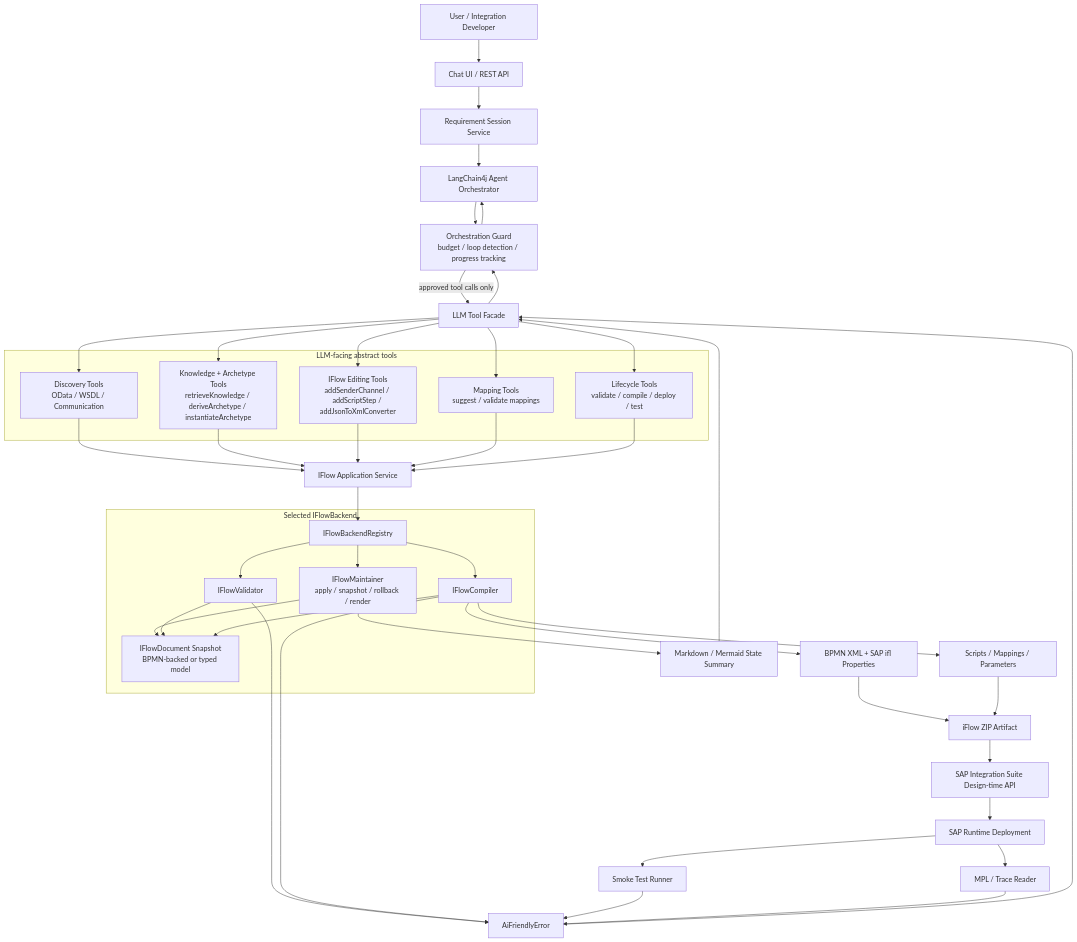
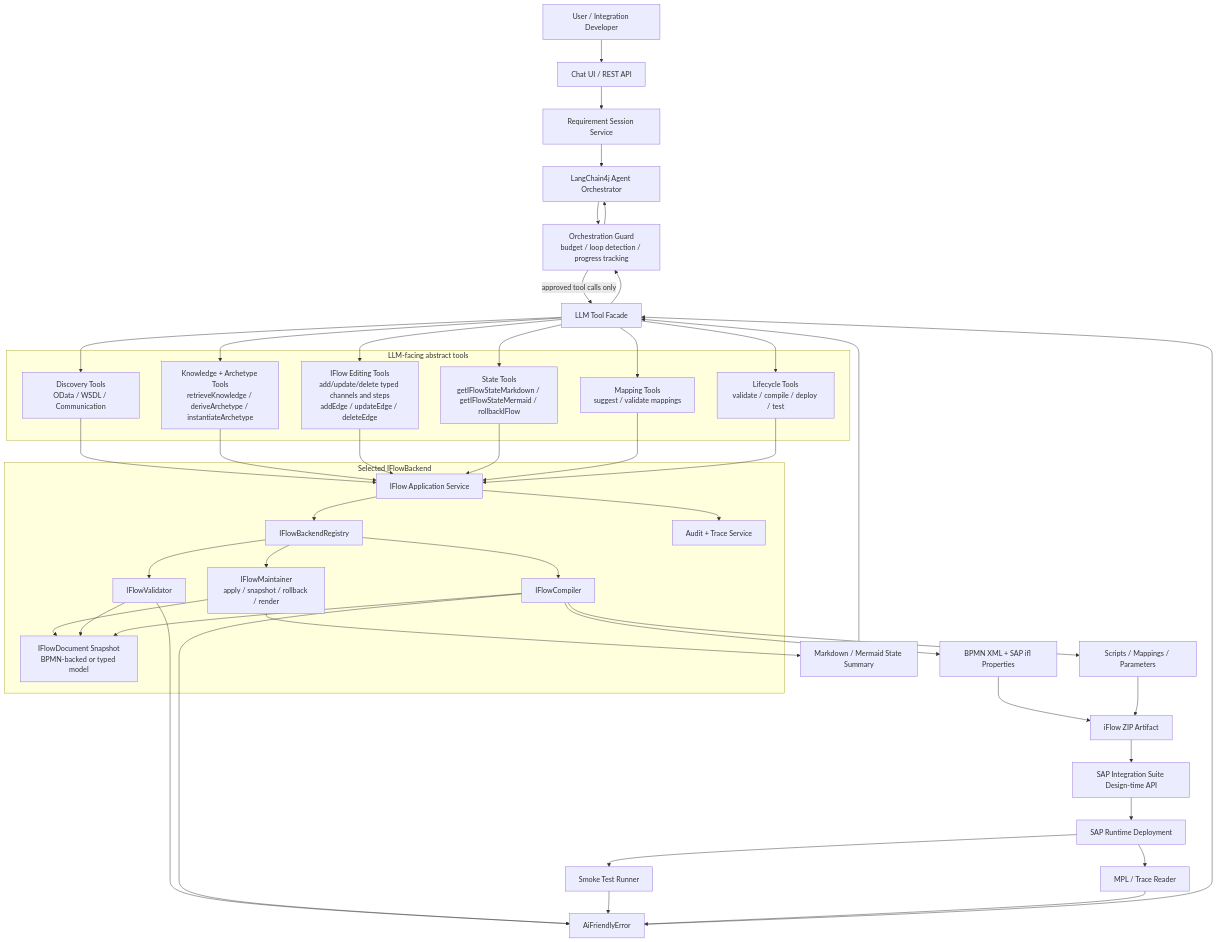
Before and after one commit to hqqw2h-lgtm/integrationsuite-agent: the first of 5 diagrams in docs/02-architecture.md, drawn with Mermaid. The commit also changed other lines of this file and 2 other files, not shown here.

Commit message:
Align requirements and architecture diagrams

````diff
--- a/docs/02-architecture.md
+++ b/docs/02-architecture.md
@@ -15,60 +15,64 @@
 ```mermaid
 flowchart TD
     User[User / Integration Developer] --> UI[Chat UI / REST API]
     UI --> Session[Requirement Session Service]
     Session --> Orchestrator[LangChain4j Agent Orchestrator]
 
     Orchestrator --> Guard[Orchestration Guard<br/>budget / loop detection / progress tracking]
     Guard -->|approved tool calls only| Facade[LLM Tool Facade]
 
     subgraph LLMTools[LLM-facing abstract tools]
         Discovery[Discovery Tools<br/>OData / WSDL / Communication]
         Knowledge[Knowledge + Archetype Tools<br/>retrieveKnowledge / deriveArchetype / instantiateArchetype]
-        Edit[IFlow Editing Tools<br/>addSenderChannel / addScriptStep / addJsonToXmlConverter]
+        Edit[IFlow Editing Tools<br/>add/update/delete typed channels and steps<br/>addEdge / updateEdge / deleteEdge]
+        StateTools[State Tools<br/>getIFlowStateMarkdown / getIFlowStateMermaid / rollbackIFlow]
         Mapping[Mapping Tools<br/>suggest / validate mappings]
         Lifecycle[Lifecycle Tools<br/>validate / compile / deploy / test]
     end
 
     Facade --> Discovery
     Facade --> Knowledge
     Facade --> Edit
+    Facade --> StateTools
     Facade --> Mapping
     Facade --> Lifecycle
 
     Discovery --> App[IFlow Application Service]
     Knowledge --> App
     Edit --> App
+    StateTools --> App
     Mapping --> App
     Lifecycle --> App
 
     App --> Registry[IFlowBackendRegistry]
 
     subgraph Backend[Selected IFlowBackend]
         Registry --> Maintainer[IFlowMaintainer<br/>apply / snapshot / rollback / render]
         Registry --> Validator[IFlowValidator]
         Registry --> Compiler[IFlowCompiler]
         Maintainer --> Document[IFlowDocument Snapshot<br/>BPMN-backed or typed model]
         Validator --> Document
         Compiler --> Document
+        App --> Audit[Audit + Trace Service]
     end
 
     Compiler --> Bpmn[BPMN XML + SAP ifl Properties]
     Compiler --> Resources[Scripts / Mappings / Parameters]
     Bpmn --> Zip[iFlow ZIP Artifact]
     Resources --> Zip
 
     Zip --> SapDesign[SAP Integration Suite Design-time API]
     SapDesign --> SapRuntime[SAP Runtime Deployment]
     SapRuntime --> Smoke[Smoke Test Runner]
     SapRuntime --> Mpl[MPL / Trace Reader]
 
     Maintainer --> Summary[Markdown / Mermaid State Summary]
     Summary --> Facade
     Validator --> Error[AiFriendlyError]
     Compiler --> Error
     Smoke --> Error
     Mpl --> Error
     Error --> Facade
     Facade --> Guard
     Guard --> Orchestrator
 ```
````
